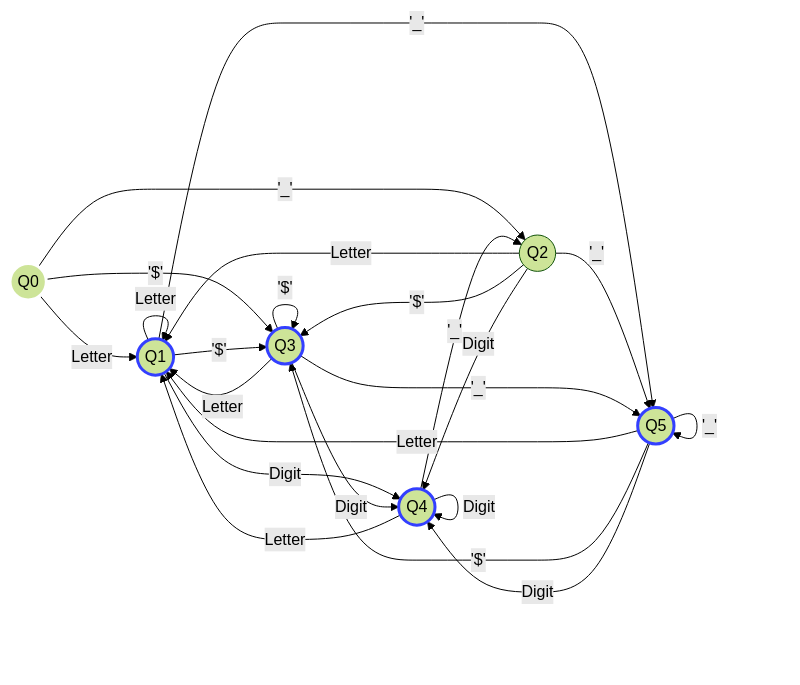
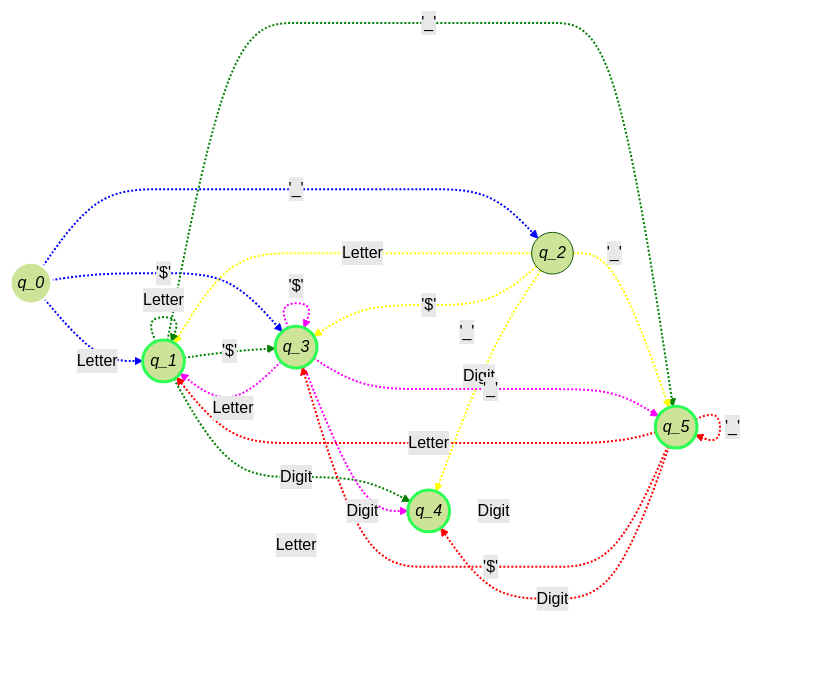
One commit to felix-rojas/dfa_java changed the diagram in README.md. Above: the diagram before and after it, drawn with Mermaid (forest theme).

Commit message:
add color and style to DFA

````diff
--- a/README.md
+++ b/README.md
@@ -76,31 +76,47 @@
 ```mermaid
+%%{init: {"flowchart": {"curve": "cardinal"}, {"htmlLabels": false}}}%%
+
 graph LR
-    Q0((Q0)) --Letter--> Q1((Q1))
-    Q0 --'_'--> Q2((Q2))
-    Q0 --'$'--> Q3((Q3))
-    Q1 --Letter--> Q1
-    Q1 --'$'--> Q3
-    Q1 --Digit--> Q4((Q4))
-    Q1 --'_'--> Q5((Q5))
-    Q2 --Letter--> Q1
-    Q2 --'$'--> Q3
-    Q2 --Digit--> Q4
-    Q2 --'_'--> Q5
-    Q3--Letter--> Q1
-    Q3--'$'--> Q3
-    Q3--Digit--> Q4
-    Q3--'_'--> Q5
-    Q4 --Letter--> Q1
-    Q4 --'_'--> Q2
-    Q4 --Digit--> Q4
-    Q5 --Letter--> Q1
-    Q5 --'$'--> Q3
-    Q5 --Digit--> Q4
-    Q5 --'_'--> Q5
+    Q0(("`*q_0*`"))
+    Q1(("`*q_1*`"))
+    Q2(("`*q_2*`"))
+    Q3(("`*q_3*`"))
+    Q4(("`*q_4*`"))
+    Q5(("`*q_5*`"))
+    
+    Q0 -. Letter .-> Q1
+    Q0 -.'_'.-> Q2
+    Q0 -.'$'.-> Q3
+    Q1 -.Letter.-> Q1
+    Q1 -.'$'.-> Q3
+    Q1 -.Digit.-> Q4
+    Q1 -.'_'.-> Q5
+    Q2 -.Letter.-> Q1
+    Q2 -.'$'.-> Q3
+    Q2 -.Digit.-> Q4
+    Q2 -.'_'.-> Q5
+    Q3 -.Letter.-> Q1
+    Q3 -.'$'.-> Q3
+    Q3 -.Digit.-> Q4
+    Q3 -.'_'.-> Q5
+    Q4 -.Letter.-> Q1
+    Q4 -.'_'.-> Q2
+    Q4 -.Digit.-> Q4
+    Q5 -.Letter.-> Q1
+    Q5 -.'$'.-> Q3
+    Q5 -.Digit.-> Q4
+    Q5 -.'_'.-> Q5
     
     style Q0 fill:#f9fff,stroke:#ffff,stroke-width:3px
-    style Q1 fill:#f9fff,stroke:#333fff,stroke-width:3px
-    style Q3 fill:#f9fff,stroke:#333fff,stroke-width:3px
-    style Q4 fill:#f9fff,stroke:#333fff,stroke-width:3px
-    style Q5 fill:#f9fff,stroke:#333fff,stroke-width:3px
+    style Q1 fill:#f9fff,stroke:#2DFE54,stroke-width:3px
+    style Q3 fill:#f9fff,stroke:#2DFE54,stroke-width:3px
+    style Q4 fill:#f9fff,stroke:#2DFE54,stroke-width:3px
+    style Q5 fill:#f9fff,stroke:#2DFE54,stroke-width:3px
+    
+    linkStyle 0,1,2 stroke:blue,stroke-width:2px;
+    linkStyle 3,4,5,6 stroke:green,stroke-width:2px;
+    linkStyle 7,8,9,10 stroke:yellow,stroke-width:2px;
+    linkStyle 11,12,13,14 stroke:magenta,stroke-width:2px;
+    linkStyle 15,16,17 stroke:white,stroke-width:2px;
+    linkStyle 18,19,20,21 stroke:red,stroke-width:2px;
 ```
````
